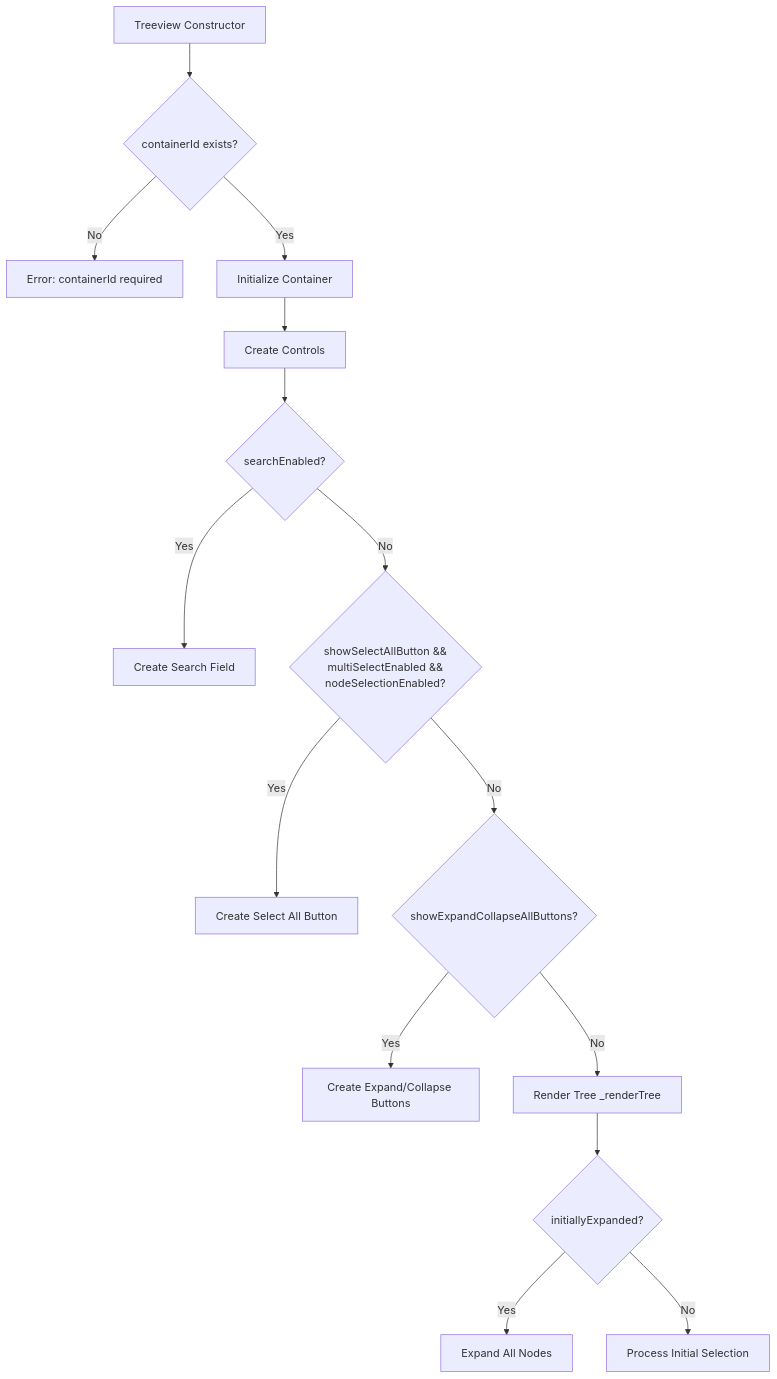
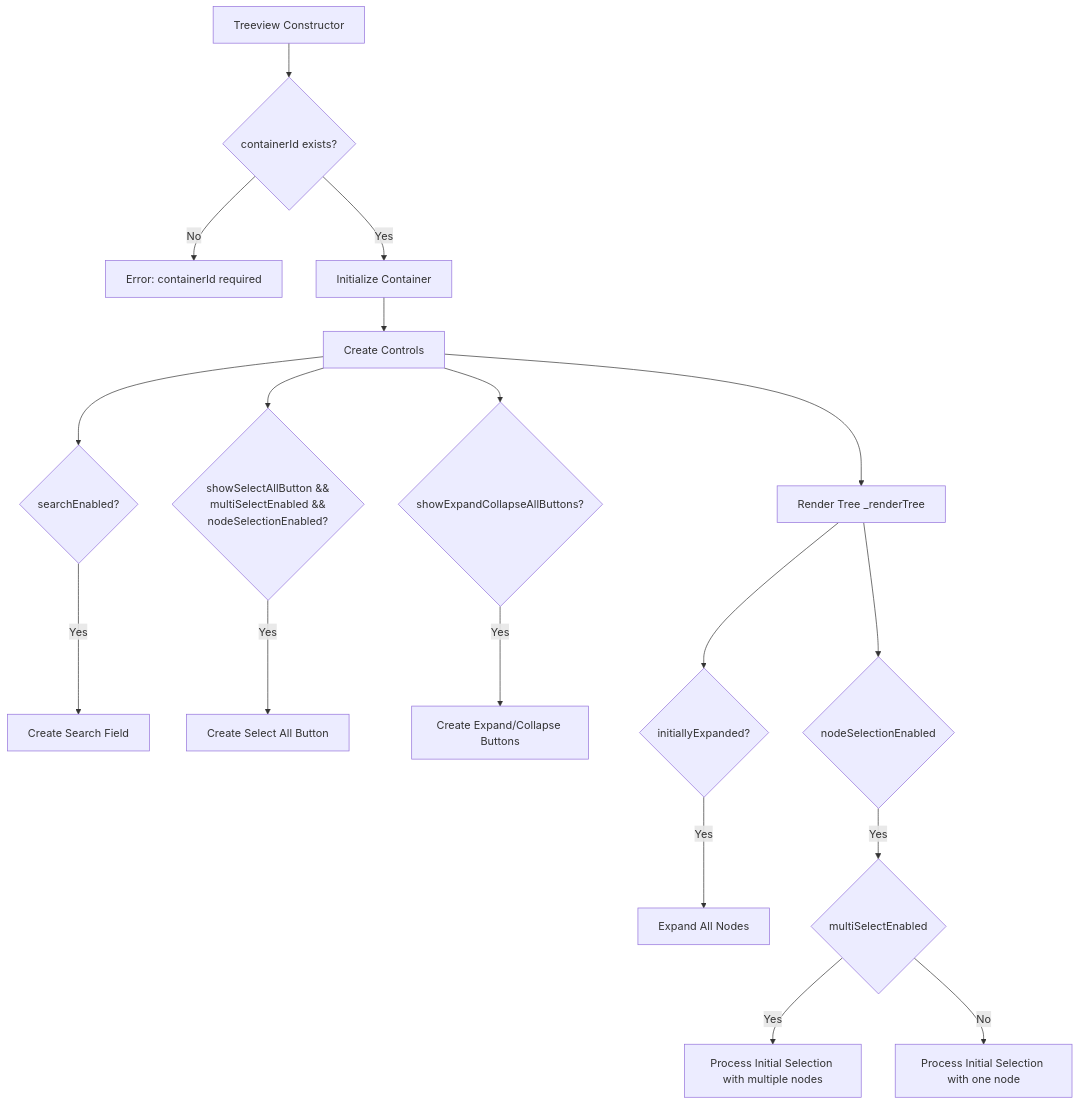
One commit to cip91sk/quercus.js changed the first of 3 diagrams in README.md. Above: the diagram before and after it, drawn with Mermaid. The commit also changed 2 other files, not shown here.

Commit message:
update mermaid

````diff
--- a/README.md
+++ b/README.md
@@ -333,25 +333,25 @@
 ```mermaid
 graph TD
     A[Treeview Constructor] --> B{containerId exists?}
     B -- No --> B_ERR[Error: containerId required]
     B -- Yes --> C[Initialize Container]
     C --> D[Create Controls]
     
     D --> E1{searchEnabled?}
     E1 -- Yes --> E2[Create Search Field]
-    E1 -- No --> F1
-    
-    F1{showSelectAllButton &&<br>multiSelectEnabled &&<br>nodeSelectionEnabled?}
+        
+    D --> F1{showSelectAllButton &&<br>multiSelectEnabled &&<br>nodeSelectionEnabled?}
     F1 -- Yes --> F2[Create Select All Button]
-    F1 -- No --> G1
-    
-    G1{showExpandCollapseAllButtons?}
+        
+    D --> G1{showExpandCollapseAllButtons?}
     G1 -- Yes --> G2[Create Expand/Collapse Buttons]
-    G1 -- No --> H
-    
-    H[Render Tree _renderTree]
+        
+    D --> H[Render Tree _renderTree]
     H --> I{initiallyExpanded?}
     I -- Yes --> J[Expand All Nodes]
-    I -- No --> K[Process Initial Selection]
+    H --> K{nodeSelectionEnabled}
+    K -- Yes --> L{multiSelectEnabled}
+    L -- Yes --> M[Process Initial Selection with multiple nodes]
+    L -- No --> N[Process Initial Selection with one node]
 
 ```
````
